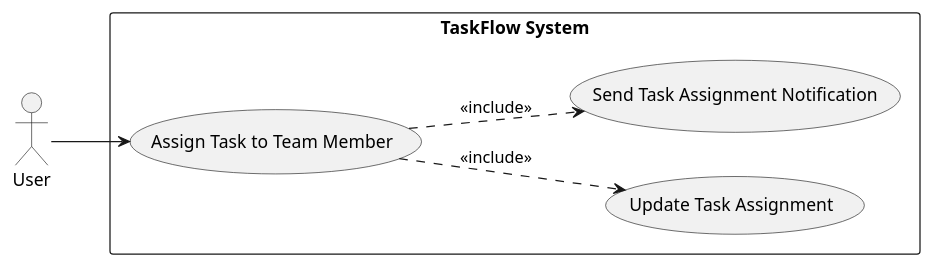
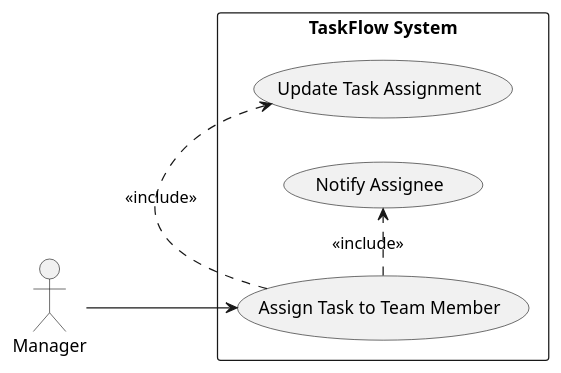
Before and after one commit to Chaman532003/framework: the fourth of 9 diagrams in artifacts/spec/spec.md, drawn with PlantUML. The commit also changed other lines of this file, not shown here.

````diff
--- a/artifacts/spec/spec.md
+++ b/artifacts/spec/spec.md
@@ -360,18 +366,18 @@
 ```plantuml
 @startuml
 left to right direction
 skinparam packageStyle rectangle
 
-actor User
+actor Manager
 
 rectangle "TaskFlow System" {
   usecase (Assign Task to Team Member) as UC4
-  usecase (Update Task Assignment) as UC_UpdateAssignment
-  usecase (Send Task Assignment Notification) as UC_Notify
+  usecase (Update Task Assignment) as UC4_1
+  usecase (Notify Assignee) as UC10
 }
 
-User --> UC4
-UC4 ..> UC_UpdateAssignment : <<include>>
-UC4 ..> UC_Notify : <<include>>
+Manager --> UC4
+UC4 .> UC4_1 : <<include>>
+UC4 .> UC10 : <<include>>
 @enduml
 ```
````
